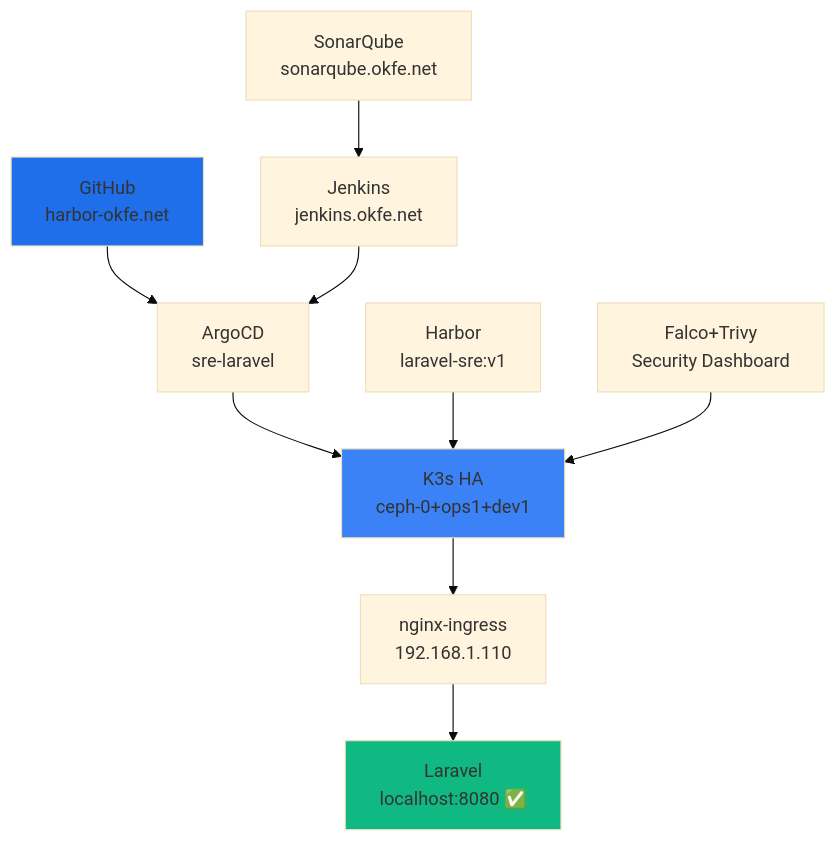
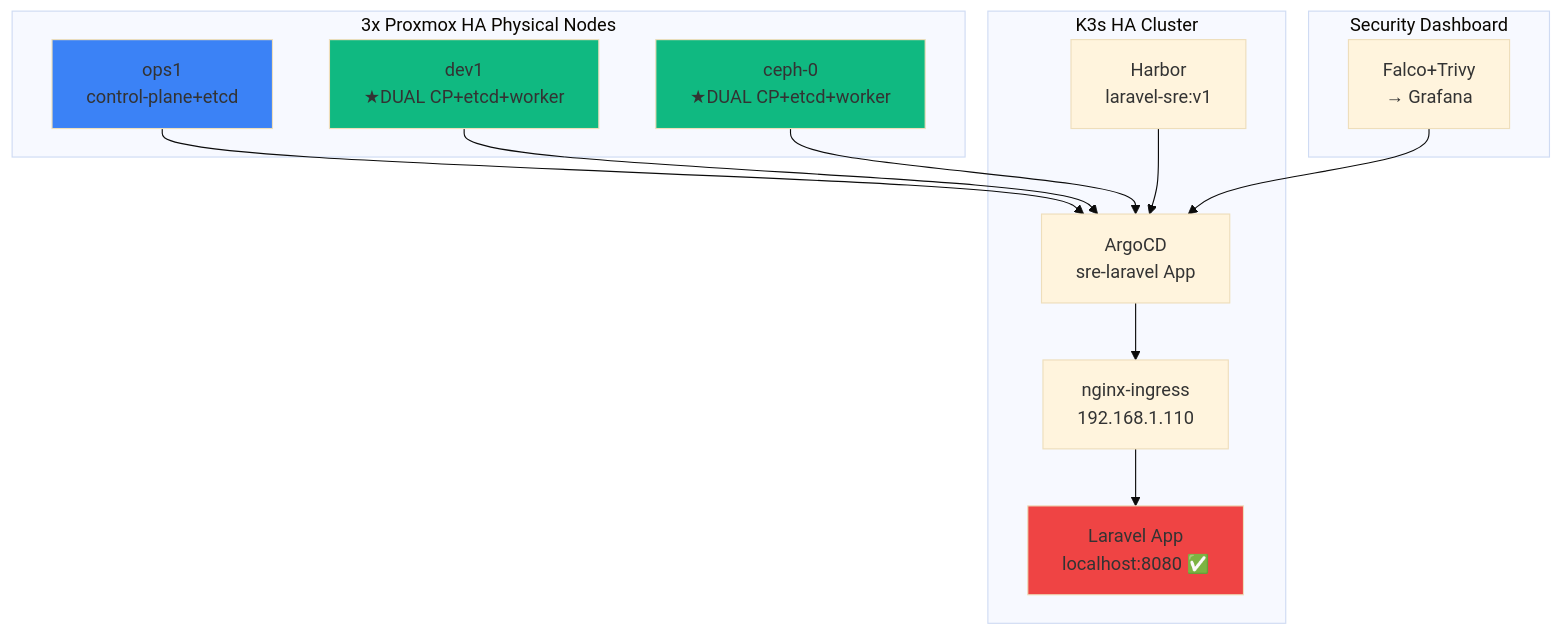
The first of 2 diagrams in README.md (matahariku/matahariku), drawn with Mermaid (base theme) before and after one commit. The commit also changed other lines of this file, not shown here.

````diff
--- a/README.md
+++ b/README.md
@@ -82,16 +37,32 @@
 ```mermaid
-flowchart TD
-    A[GitHub<br/>harbor-okfe.net] --> B[ArgoCD<br/>sre-laravel]
-    B --> C[K3s HA<br/>ceph-0+ops1+dev1]
-    D[Harbor<br/>laravel-sre:v1] --> C
-    C --> E[nginx-ingress<br/>192.168.1.110]
-    E --> F[Laravel<br/>localhost:8080 ✅]
+flowchart TB
+    subgraph PHYSICAL ["3x Proxmox HA Physical Nodes"]
+        P1[ops1<br/>control-plane+etcd]
+        P2[dev1<br/>★DUAL CP+etcd+worker]
+        P3[ceph-0<br/>★DUAL CP+etcd+worker]
+    end
     
-    G[Jenkins<br/>jenkins.okfe.net] --> B
-    H[SonarQube<br/>sonarqube.okfe.net] --> G
-    I[Falco+Trivy<br/>Security Dashboard] --> C
+    subgraph K3S ["K3s HA Cluster"]
+        A[ArgoCD<br/>sre-laravel App]
+        B[Harbor<br/>laravel-sre:v1]
+        C[nginx-ingress<br/>192.168.1.110]
+        D[Laravel App<br/>localhost:8080 ✅]
+    end
     
-    style A fill:#1f6feb
-    style F fill:#10b981
-    style C fill:#3b82f6
+    subgraph SECURITY ["Security Dashboard"]
+        S1[Falco+Trivy<br/>→ Grafana]
+    end
+    
+    P1 --> A
+    P2 --> A
+    P3 --> A
+    B --> A
+    A --> C
+    C --> D
+    S1 --> A
+    
+    style P1 fill:#3b82f6
+    style P2 fill:#10b981
+    style P3 fill:#10b981
+    style D fill:#ef4444
 ```
````
